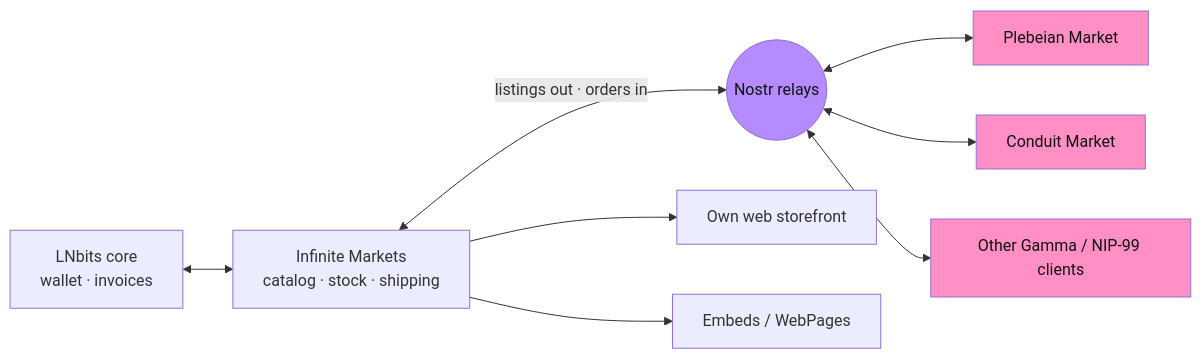
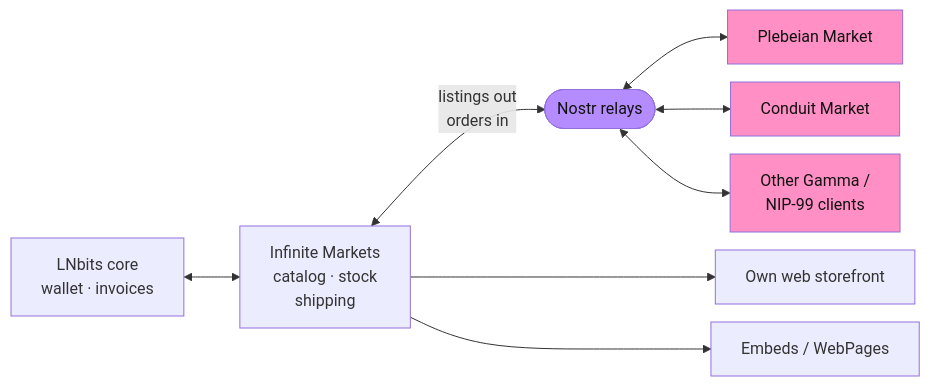
Before and after one commit to bitkarrot/infinitemarkets: the fourth of 4 diagrams in docs/viewer/slides/deck.md, drawn with Mermaid. The commit also changed other lines of this file and 6 other files, not shown here.

First line of the commit message:
Make the ownership and publish diagrams readable on slides and overview

````diff
--- a/docs/viewer/slides/deck.md
+++ b/docs/viewer/slides/deck.md
@@ -378,22 +372,23 @@
 ```mermaid
+%%{init: {"flowchart": {"rankSpacing": 56, "nodeSpacing": 18}}}%%
 flowchart LR
-    LN[LNbits core<br/>wallet · invoices]
-    IM[Infinite Markets<br/>catalog · stock · shipping]
-    RL((Nostr relays))
-    WEB[Own web storefront]
-    EMB[Embeds / WebPages]
-    PM[Plebeian Market]
-    CM[Conduit Market]
-    OT[Other Gamma / NIP-99 clients]
+    LN["LNbits core<br/>wallet · invoices"]
+    IM["Infinite Markets<br/>catalog · stock<br/>shipping"]
+    RL(["Nostr relays"])
+    PM["Plebeian Market"]
+    CM["Conduit Market"]
+    OT["Other Gamma /<br/>NIP-99 clients"]
+    WEB["Own web storefront"]
+    EMB["Embeds / WebPages"]
     LN <--> IM
-    IM --> WEB
-    IM --> EMB
-    IM <-->|listings out · orders in| RL
+    IM <-->|"listings out<br/>orders in"| RL
     RL <--> PM
     RL <--> CM
     RL <--> OT
+    IM ---> WEB
+    IM ---> EMB
     classDef relay fill:#b48cff,color:#111111
     classDef market fill:#ff8fc4,color:#111111
     class RL relay
     class PM,CM,OT market
 ```
````
